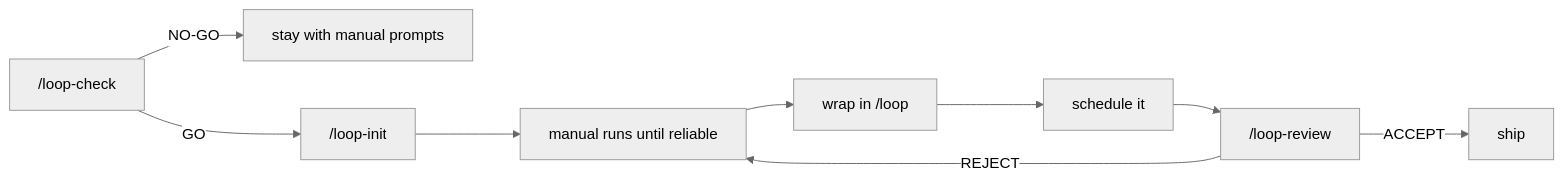
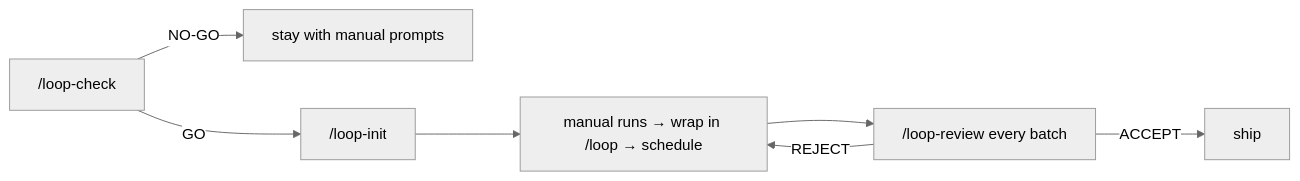
The diagram in README.md (breim/loop-harness), drawn with Mermaid (neutral theme) before and after one commit. The commit also changed other lines of this file, not shown here.

````diff
--- a/README.md
+++ b/README.md
@@ -16,11 +16,9 @@
 ```mermaid
 flowchart LR
     A["/loop-check"] -->|NO-GO| B["stay with manual prompts"]
     A -->|GO| C["/loop-init"]
-    C --> D["manual runs until reliable"]
-    D --> E["wrap in /loop"]
-    E --> F["schedule it"]
-    F --> G["/loop-review"]
-    G -->|ACCEPT| H["ship"]
-    G -->|REJECT| D
+    C --> D["manual runs → wrap in /loop → schedule"]
+    D --> E["/loop-review every batch"]
+    E -->|ACCEPT| F["ship"]
+    E -->|REJECT| D
 ```
````
